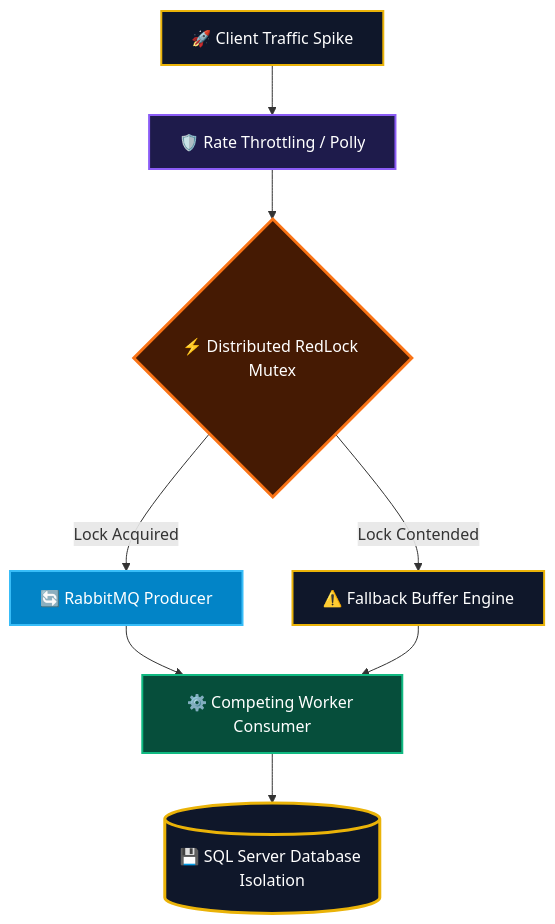
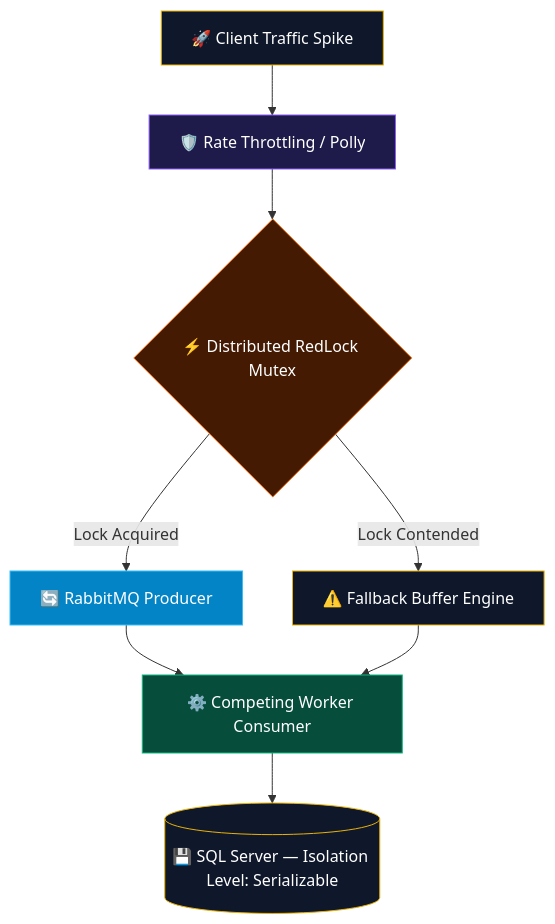
The first of 2 diagrams in README.md (Nour7Tohamy/Nour7Tohamy), drawn with Mermaid before and after one commit. The commit also changed other lines of this file, not shown here.

````diff
--- a/README.md
+++ b/README.md
@@ -237,24 +147,18 @@
 ```mermaid
 graph TD
-    classDef client fill:#0f172a,stroke:#eab308,stroke-width:2px,color:#fff;
-    classDef gateway fill:#1e1b4b,stroke:#8b5cf6,stroke-width:2px,color:#fff;
-    classDef lock fill:#451a03,stroke:#f97316,stroke-width:3px,color:#fff;
-    classDef queue fill:#0284c7,stroke:#38bdf8,stroke-width:2px,color:#fff;
-    classDef worker fill:#064e3b,stroke:#10b981,stroke-width:2px,color:#fff;
-    classDef db fill:#0f172a,stroke:#eab308,stroke-width:3px,color:#fff;
-
     A[🚀 Client Traffic Spike] --> B[🛡️ Rate Throttling / Polly]
     B --> C{⚡ Distributed RedLock Mutex}
     C -->|Lock Acquired| D[🔄 RabbitMQ Producer]
     C -->|Lock Contended| E[⚠️ Fallback Buffer Engine]
     D --> F[⚙️ Competing Worker Consumer]
     E --> F
-    F --> G[(💾 SQL Server Database Isolation)]
+    F --> G[(💾 SQL Server — Isolation Level: Serializable)]
 
-    class A,E client;
-    class B gateway;
-    class C lock;
-    class D queue;
-    class F worker;
-    class G db;
+    style A fill:#0f172a,stroke:#eab308,color:#fff
+    style B fill:#1e1b4b,stroke:#8b5cf6,color:#fff
+    style C fill:#451a03,stroke:#f97316,color:#fff
+    style D fill:#0284c7,stroke:#38bdf8,color:#fff
+    style E fill:#0f172a,stroke:#eab308,color:#fff
+    style F fill:#064e3b,stroke:#10b981,color:#fff
+    style G fill:#0f172a,stroke:#eab308,color:#fff
 ```
````
